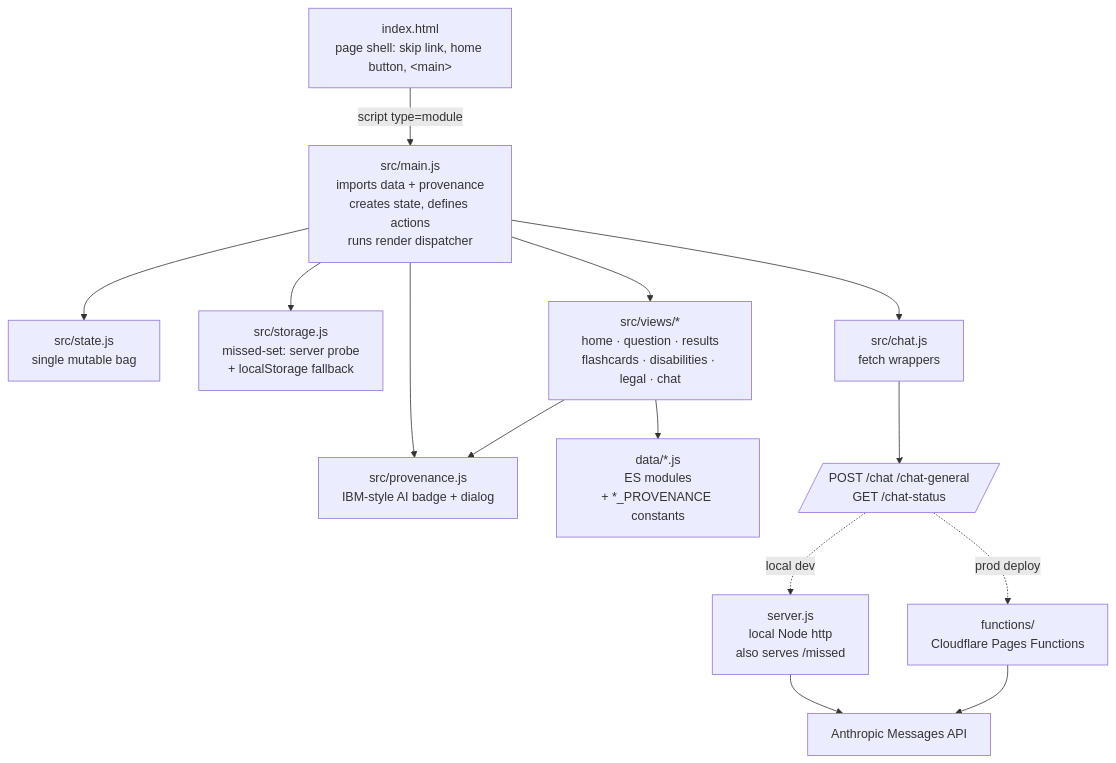
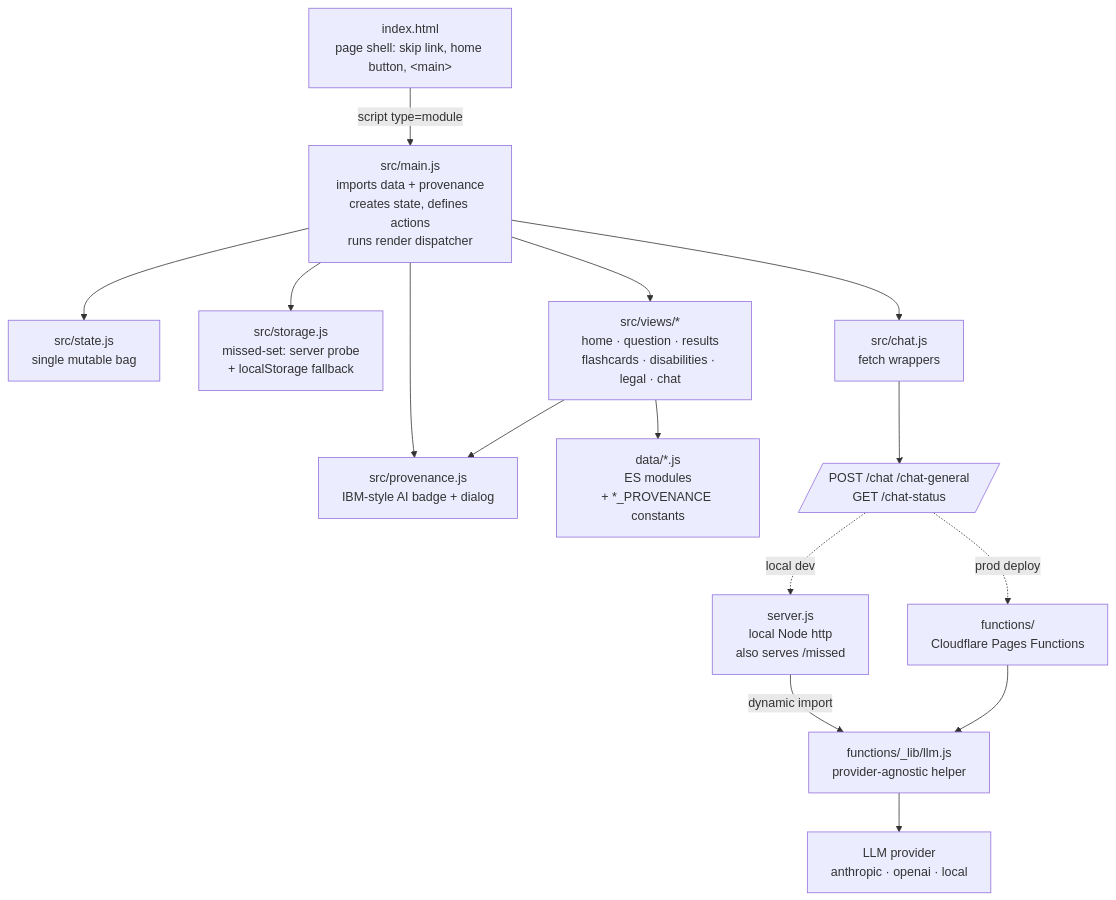
One commit to lucidsif/cpacc-exam-prep changed the first of 4 diagrams in ARCHITECTURE.md. Above: the diagram before and after it, drawn with Mermaid. The commit also changed other lines of this file and 19 other files, not shown here.

First line of the commit message:
feat(chat): provider-agnostic tutor (anthropic, openai, or local)

````diff
--- a/ARCHITECTURE.md
+++ b/ARCHITECTURE.md
@@ -16,32 +16,34 @@
 ```mermaid
 graph TD
   accTitle: High-level architecture of the CPACC test-maker app
-  accDescr: index.html loads main.js which imports data and provenance, creates state, and runs a render dispatcher. The dispatcher delegates to one of seven view modules. Views read from a shared state object and never mutate it directly — they invoke actions defined in main.js. The chat endpoints are served either by a local Node server or by Cloudflare Pages Functions, and proxy to the Anthropic Messages API.
+  accDescr: index.html loads main.js which imports data and provenance, creates state, and runs a render dispatcher. The dispatcher delegates to one of seven view modules. Views read from a shared state object and never mutate it directly — they invoke actions defined in main.js. The chat endpoints are served either by a local Node server or by Cloudflare Pages Functions. Both call the same shared helper, functions/_lib/llm.js, which forwards the request to the configured LLM provider: Anthropic, OpenAI, or a local OpenAI-compatible model server.
 
   H[index.html<br/>page shell: skip link, home button, &lt;main&gt;]
   M[src/main.js<br/>imports data + provenance<br/>creates state, defines actions<br/>runs render dispatcher]
   S[src/state.js<br/>single mutable bag]
   ST[src/storage.js<br/>missed-set: server probe<br/>+ localStorage fallback]
   P[src/provenance.js<br/>IBM-style AI badge + dialog]
   V[src/views/*<br/>home · question · results<br/>flashcards · disabilities · legal · chat]
   D[data/*.js<br/>ES modules<br/>+ *_PROVENANCE constants]
   CL[src/chat.js<br/>fetch wrappers]
   SRV[/POST /chat /chat-general<br/>GET /chat-status/]
   LN[server.js<br/>local Node http<br/>also serves /missed]
   CF[functions/<br/>Cloudflare Pages Functions]
-  A[Anthropic Messages API]
+  LLM[functions/_lib/llm.js<br/>provider-agnostic helper]
+  A[LLM provider<br/>anthropic · openai · local]
 
   H -->|script type=module| M
   M --> S
   M --> ST
   M --> P
   M --> V
   M --> CL
   V --> D
   V --> P
   CL --> SRV
   SRV -.->|local dev| LN
   SRV -.->|prod deploy| CF
-  LN --> A
-  CF --> A
+  LN -->|dynamic import| LLM
+  CF --> LLM
+  LLM --> A
 ```
````
